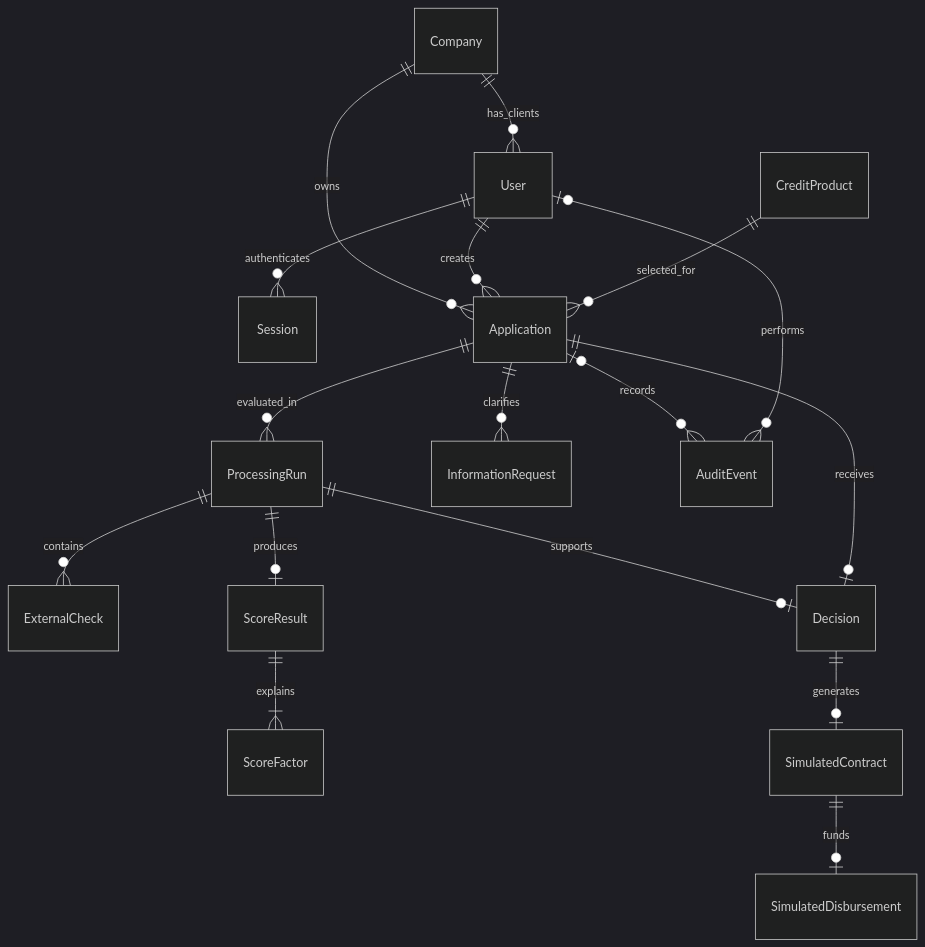
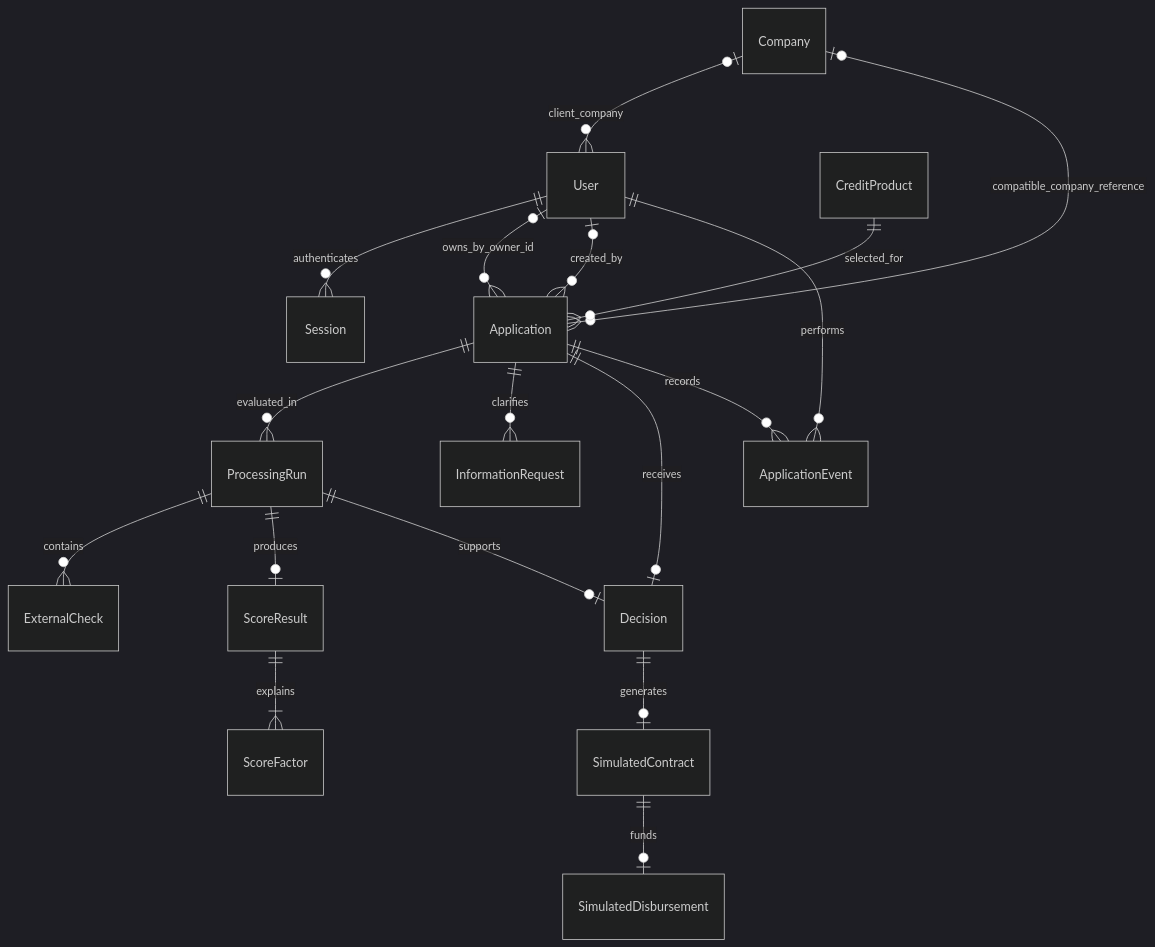
One commit to StudentSK0/credit-pilot changed the diagram in docs/domain-model.md. Above: the diagram before and after it, drawn with Mermaid (dark theme). The commit also changed other lines of this file and 7 other files, not shown here.

Commit message:
docs(t01): close review and sync architecture with implementation

````diff
--- a/docs/domain-model.md
+++ b/docs/domain-model.md
@@ -10,19 +14,20 @@
 ```mermaid
 erDiagram
-    Company ||--o{ User : has_clients
+    Company o|--o{ User : client_company
     User ||--o{ Session : authenticates
-    Company ||--o{ Application : owns
-    User ||--o{ Application : creates
+    Company o|--o{ Application : compatible_company_reference
+    User o|--o{ Application : owns_by_owner_id
+    User o|--o{ Application : created_by
     CreditProduct ||--o{ Application : selected_for
     Application ||--o{ ProcessingRun : evaluated_in
     ProcessingRun ||--o{ ExternalCheck : contains
     ProcessingRun ||--o| ScoreResult : produces
     ScoreResult ||--|{ ScoreFactor : explains
     Application ||--o{ InformationRequest : clarifies
     ProcessingRun ||--o| Decision : supports
     Application ||--o| Decision : receives
     Decision ||--o| SimulatedContract : generates
     SimulatedContract ||--o| SimulatedDisbursement : funds
-    Application o|--o{ AuditEvent : records
-    User o|--o{ AuditEvent : performs
+    Application ||--o{ ApplicationEvent : records
+    User ||--o{ ApplicationEvent : performs
 ```
````
